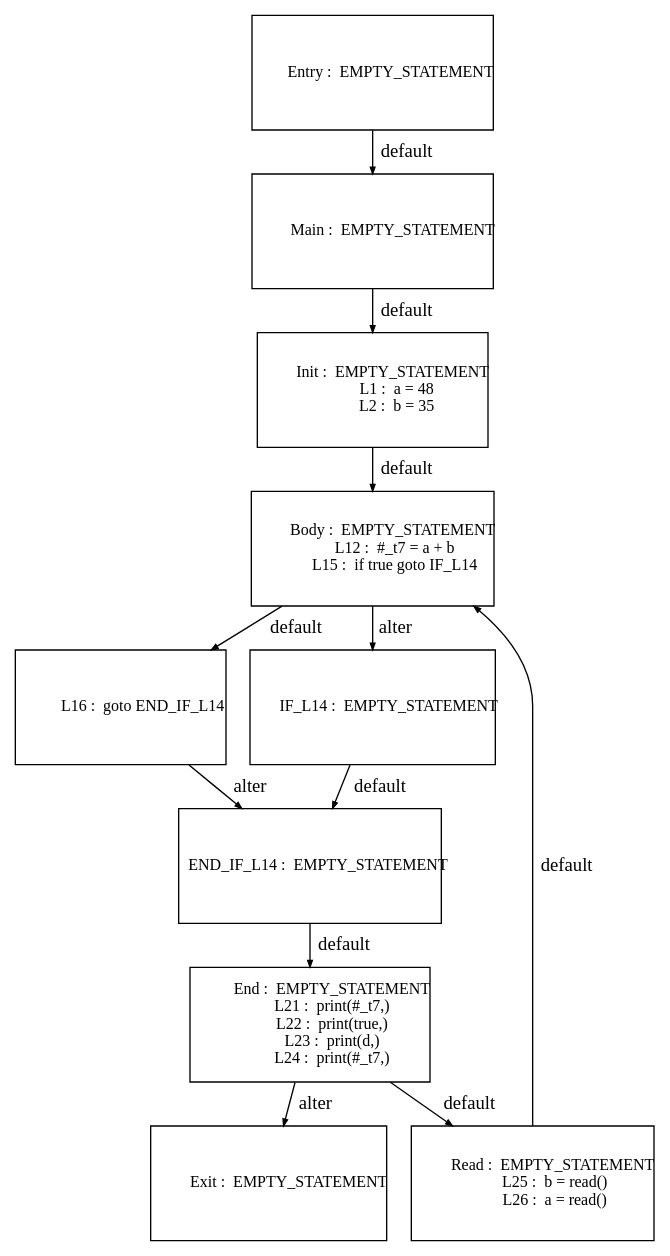
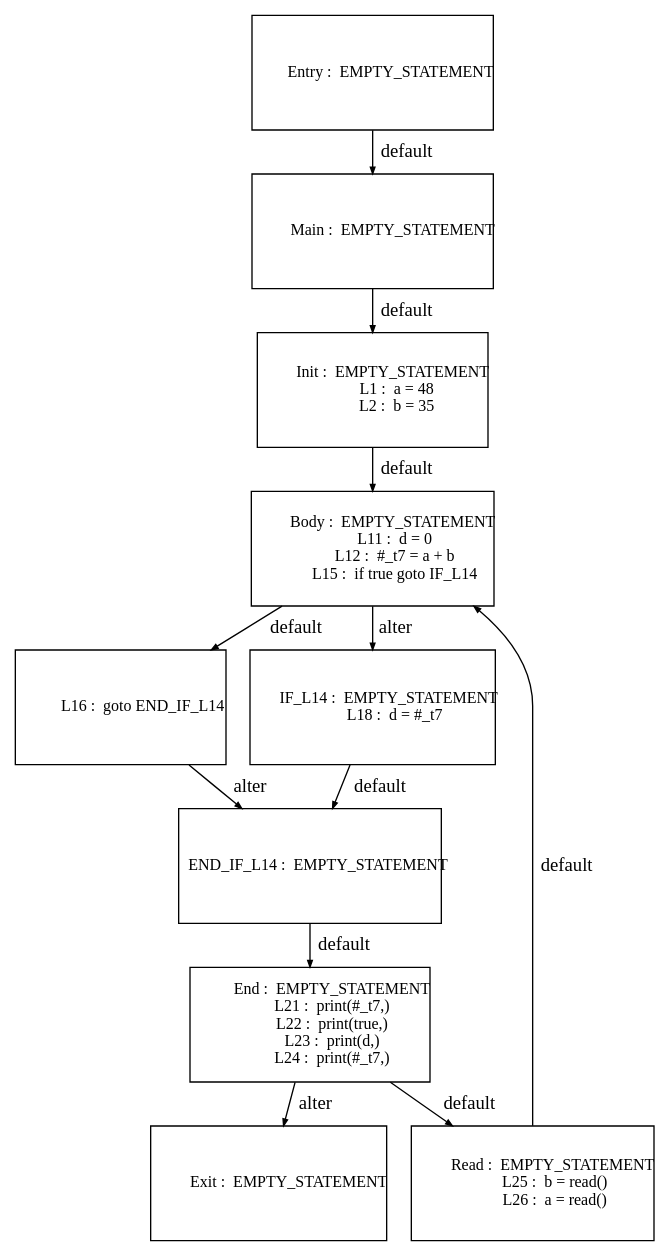
One commit to Geoffrey1014/ST_DSE changed the diagram in tests_programs/dataflow/07_test_output/Graph_DSE_0.dot. Above: the diagram before and after it, drawn with Graphviz. The commit also changed 213 other files, not shown here.

```diff
--- a/tests_programs/dataflow/07_test_output/Graph_DSE_0.dot
+++ b/tests_programs/dataflow/07_test_output/Graph_DSE_0.dot
@@ -1,88 +1,96 @@
 digraph G {
   ranksep=.25;
   edge [arrowsize=.5]
   node [shape=rectangle, fontname="ArialNarrow",
         fontsize=12,  height=1.2];
   "           Main :  EMPTY_STATEMENT
 "; "           Init :  EMPTY_STATEMENT
              L1 :  a = 48
              L2 :  b = 35
 "; "           Body :  EMPTY_STATEMENT
+            L11 :  d = 0
             L12 :  #_t7 = a + b
             L15 :  if true goto IF_L14
 "; "            L16 :  goto END_IF_L14
 "; "         IF_L14 :  EMPTY_STATEMENT
+            L18 :  d = #_t7
 "; "     END_IF_L14 :  EMPTY_STATEMENT
 "; "          Entry :  EMPTY_STATEMENT
 "; "            End :  EMPTY_STATEMENT
             L21 :  print(#_t7,)
             L22 :  print(true,)
             L23 :  print(d,)
             L24 :  print(#_t7,)
 "; "           Exit :  EMPTY_STATEMENT
 "; "           Read :  EMPTY_STATEMENT
             L25 :  b = read()
             L26 :  a = read()
 "; 
   "           Main :  EMPTY_STATEMENT
 " -> "           Init :  EMPTY_STATEMENT
              L1 :  a = 48
              L2 :  b = 35
 "  [label="default"];
   "           Init :  EMPTY_STATEMENT
              L1 :  a = 48
              L2 :  b = 35
 " -> "           Body :  EMPTY_STATEMENT
+            L11 :  d = 0
             L12 :  #_t7 = a + b
             L15 :  if true goto IF_L14
 "  [label="default"];
   "           Body :  EMPTY_STATEMENT
+            L11 :  d = 0
             L12 :  #_t7 = a + b
             L15 :  if true goto IF_L14
 " -> "            L16 :  goto END_IF_L14
 "  [label="default"];
   "           Body :  EMPTY_STATEMENT
+            L11 :  d = 0
             L12 :  #_t7 = a + b
             L15 :  if true goto IF_L14
 " -> "         IF_L14 :  EMPTY_STATEMENT
+            L18 :  d = #_t7
 "  [label="alter"];
   "            L16 :  goto END_IF_L14
 " -> "     END_IF_L14 :  EMPTY_STATEMENT
 "  [label="alter"];
   "         IF_L14 :  EMPTY_STATEMENT
+            L18 :  d = #_t7
 " -> "     END_IF_L14 :  EMPTY_STATEMENT
 "  [label="default"];
   "     END_IF_L14 :  EMPTY_STATEMENT
 " -> "            End :  EMPTY_STATEMENT
             L21 :  print(#_t7,)
             L22 :  print(true,)
             L23 :  print(d,)
             L24 :  print(#_t7,)
 "  [label="default"];
   "          Entry :  EMPTY_STATEMENT
 " -> "           Main :  EMPTY_STATEMENT
 "  [label="default"];
   "            End :  EMPTY_STATEMENT
             L21 :  print(#_t7,)
             L22 :  print(true,)
             L23 :  print(d,)
             L24 :  print(#_t7,)
 " -> "           Read :  EMPTY_STATEMENT
             L25 :  b = read()
             L26 :  a = read()
 "  [label="default"];
   "            End :  EMPTY_STATEMENT
             L21 :  print(#_t7,)
             L22 :  print(true,)
             L23 :  print(d,)
             L24 :  print(#_t7,)
 " -> "           Exit :  EMPTY_STATEMENT
 "  [label="alter"];
   "           Read :  EMPTY_STATEMENT
             L25 :  b = read()
             L26 :  a = read()
 " -> "           Body :  EMPTY_STATEMENT
+            L11 :  d = 0
             L12 :  #_t7 = a + b
             L15 :  if true goto IF_L14
 "  [label="default"];
 }
```
